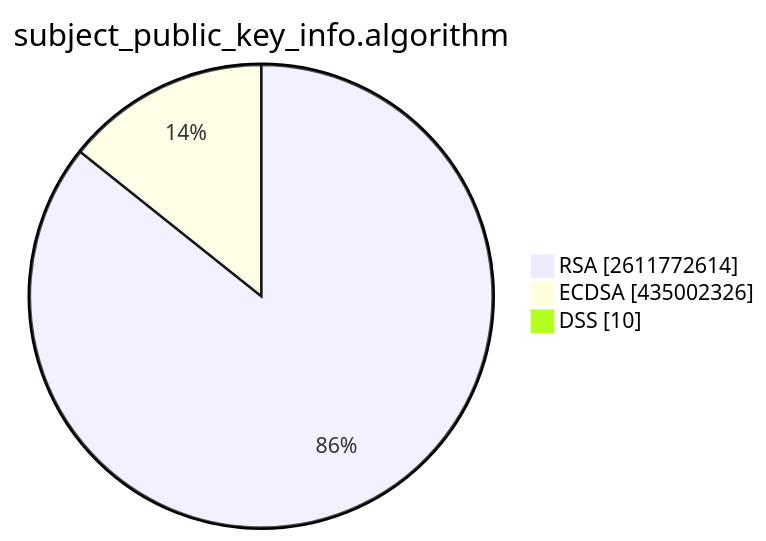
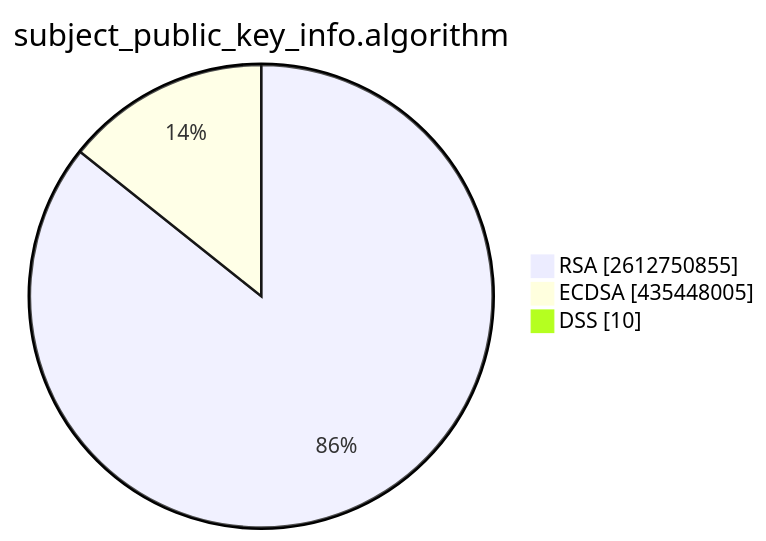
The second of 15 diagrams in TOTAL/README.md (christiankrug/ctmonitor_visualization), drawn with Mermaid before and after one commit. The commit also changed other lines of this file, not shown here.

````diff
--- a/TOTAL/README.md
+++ b/TOTAL/README.md
@@ -6,7 +6,7 @@
 ```mermaid
 pie showData
 title subject_public_key_info.algorithm
-"RSA" :2611772614
-"ECDSA" :435002326
+"RSA" :2612750855
+"ECDSA" :435448005
 "DSS" :10
 ```
````
